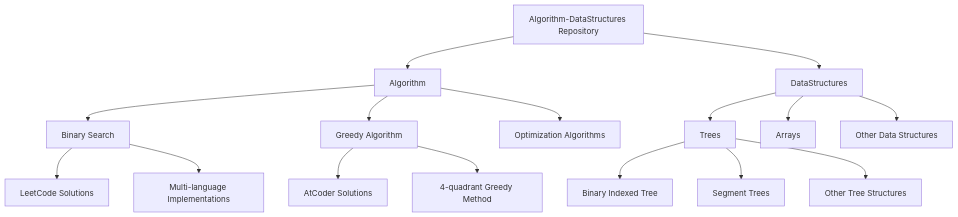
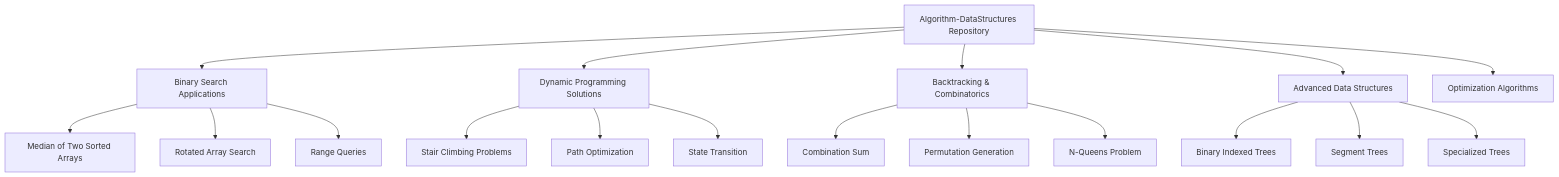
The first of 6 diagrams in README.md (myoshi2891/Algorithm-DataStructures-Math-SQL), drawn with Mermaid before and after one commit. The commit also changed other lines of this file, not shown here.

````diff
--- a/README.md
+++ b/README.md
@@ -9,23 +9,24 @@
 ```mermaid
 graph TD
-    A[Algorithm-DataStructures Repository] --> B[Algorithm]
-    A --> C[DataStructures]
+    A[Algorithm-DataStructures Repository] --> B[Binary Search Applications]
+    A --> C[Dynamic Programming Solutions]
+    A --> D[Backtracking & Combinatorics]
+    A --> E[Advanced Data Structures]
+    A --> F[Optimization Algorithms]
     
-    B --> D[Binary Search]
-    B --> E[Greedy Algorithm]
-    B --> F[Optimization Algorithms]
+    B --> B1[Median of Two Sorted Arrays]
+    B --> B2[Rotated Array Search]
+    B --> B3[Range Queries]
     
-    C --> G[Trees]
-    C --> H[Arrays]
-    C --> I[Other Data Structures]
+    C --> C1[Stair Climbing Problems]
+    C --> C2[Path Optimization]
+    C --> C3[State Transition]
     
-    D --> J[LeetCode Solutions]
-    D --> K[Multi-language Implementations]
+    D --> D1[Combination Sum]
+    D --> D2[Permutation Generation]
+    D --> D3[N-Queens Problem]
     
-    E --> L[AtCoder Solutions]
-    E --> M[4-quadrant Greedy Method]
-    
-    G --> N[Binary Indexed Tree]
-    G --> O[Segment Trees]
-    G --> P[Other Tree Structures]
+    E --> E1[Binary Indexed Trees]
+    E --> E2[Segment Trees]
+    E --> E3[Specialized Trees]
 ```
````
